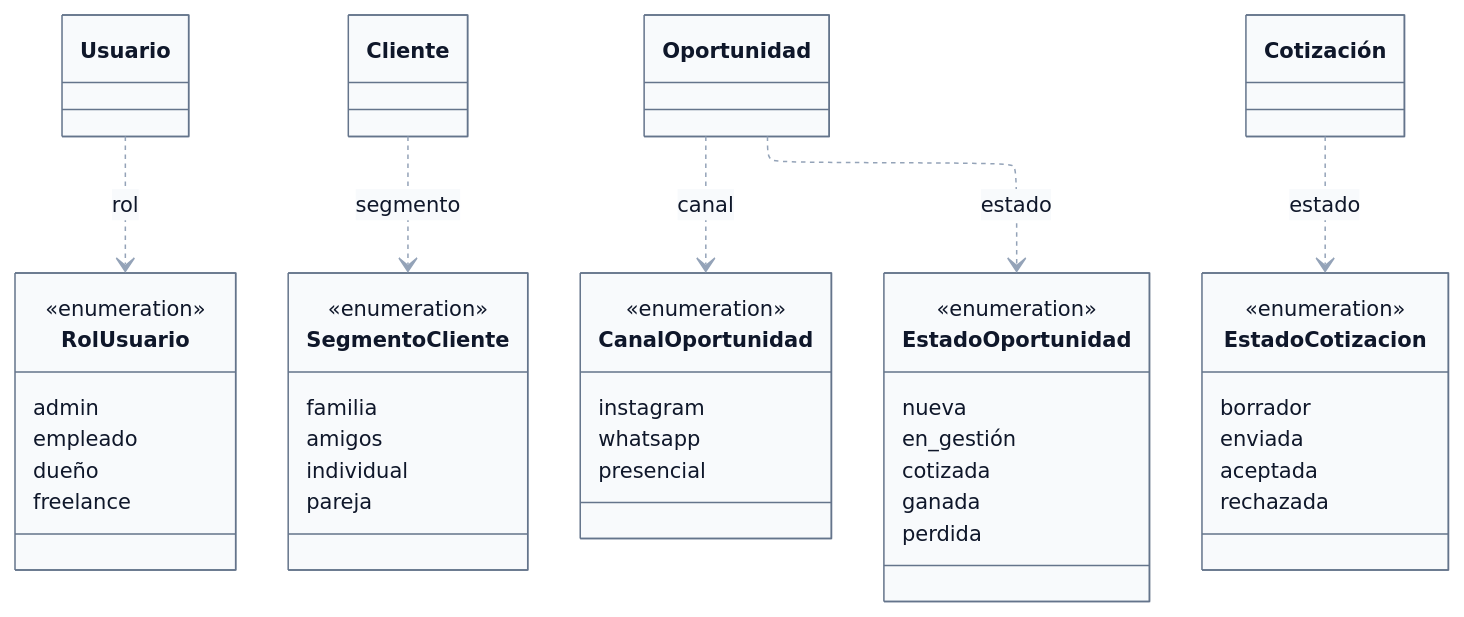
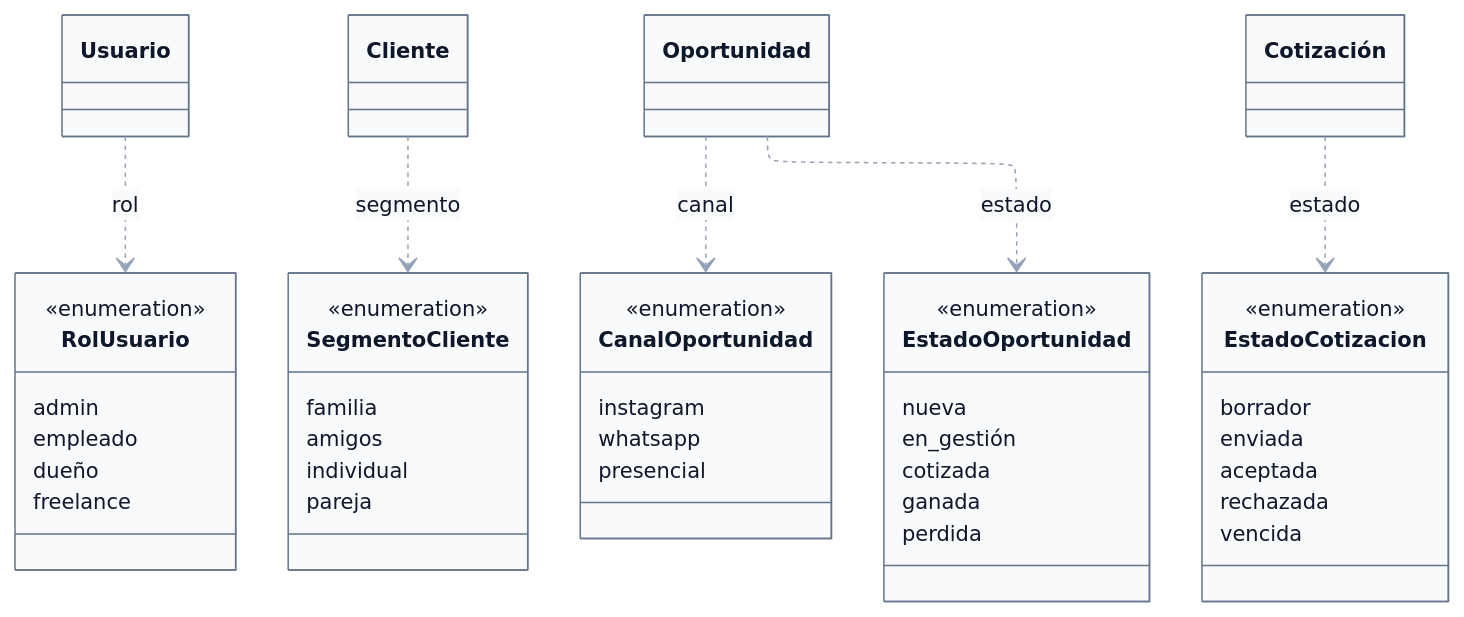
Before and after one commit to FranLuciano04/Vault-Rumbo: the second of 4 diagrams in 03-Dominio/Diagramas/DGM — Diagrama de clases.md, drawn with Mermaid. The commit also changed other lines of this file and 16 other files, not shown here.

First line of the commit message:
Resolver los 25 huecos de los diagramas de estado

````diff
--- a/03-Dominio/Diagramas/DGM — Diagrama de clases.md
+++ b/03-Dominio/Diagramas/DGM — Diagrama de clases.md
@@ -213,49 +214,50 @@
 ```mermaid
 %%{init: {'layout':'elk','elk':{'mergeEdges':false,'nodePlacementStrategy':'BRANDES_KOEPF'},'theme':'base','themeVariables':{'fontFamily':'Segoe UI, Arial, sans-serif','fontSize':'14px','primaryColor':'#f8fafc','primaryBorderColor':'#64748b','primaryTextColor':'#0f172a','lineColor':'#94a3b8'}}}%%
 classDiagram
     direction TB
     class Usuario
     class Cliente
     class Oportunidad
     class Cotizacion["Cotización"]
     class RolUsuario {
         <<enumeration>>
         admin
         empleado
         dueño
         freelance
     }
     class SegmentoCliente {
         <<enumeration>>
         familia
         amigos
         individual
         pareja
     }
     class CanalOportunidad {
         <<enumeration>>
         instagram
         whatsapp
         presencial
     }
     class EstadoOportunidad {
         <<enumeration>>
         nueva
         en_gestión
         cotizada
         ganada
         perdida
     }
     class EstadoCotizacion {
         <<enumeration>>
         borrador
         enviada
         aceptada
         rechazada
+        vencida
     }
     Usuario ..> RolUsuario : rol
     Cliente ..> SegmentoCliente : segmento
     Oportunidad ..> CanalOportunidad : canal
     Oportunidad ..> EstadoOportunidad : estado
     Cotizacion ..> EstadoCotizacion : estado
 ```
````
